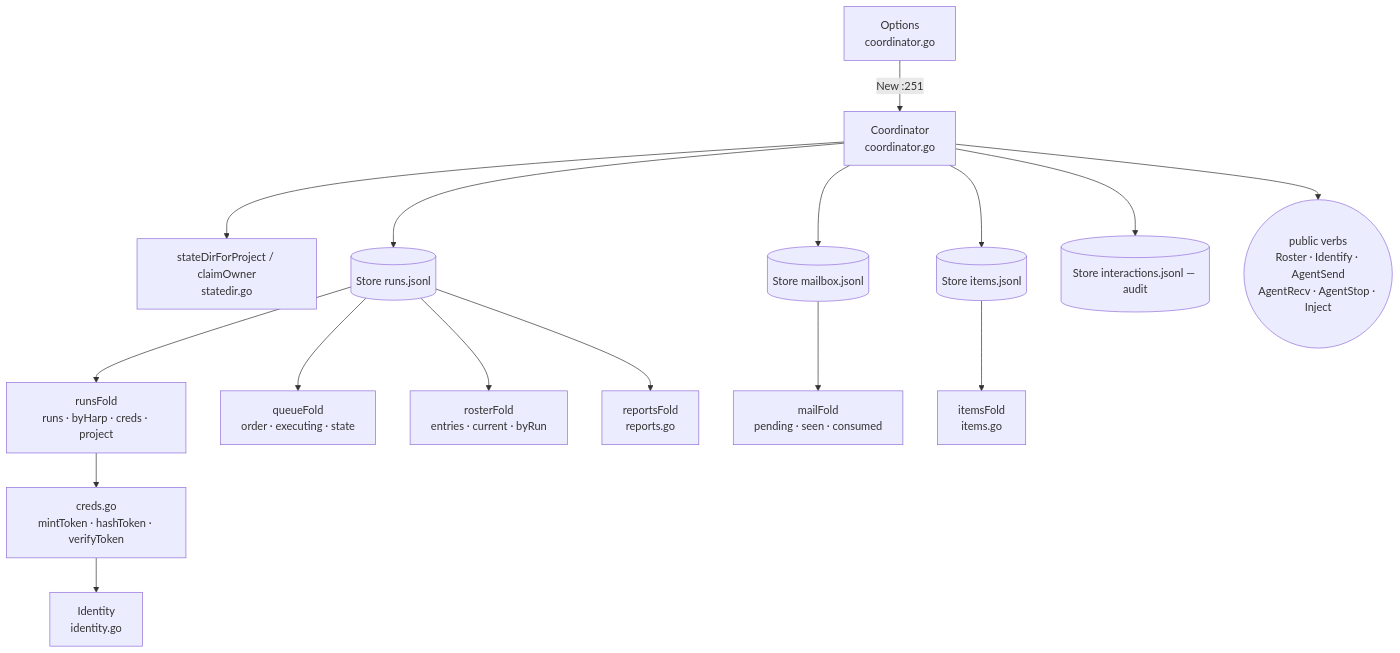
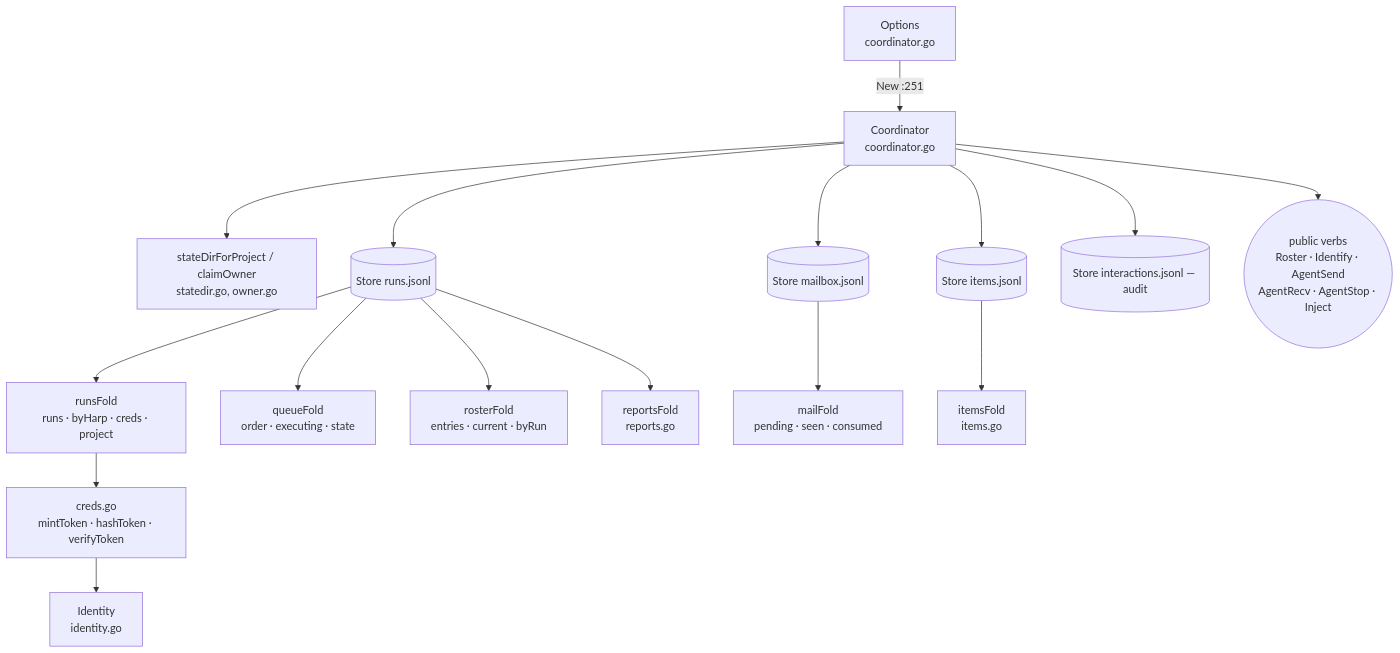
Before and after one commit to ctxloom/ctxloom: the diagram in docs/architecture/agentcoord/coordinator-core.md, drawn with Mermaid. The commit also changed other lines of this file and 10 other files, not shown here.

````diff
--- a/docs/architecture/agentcoord/coordinator-core.md
+++ b/docs/architecture/agentcoord/coordinator-core.md
@@ -14,18 +14,18 @@
 ```mermaid
 flowchart TD
   OPT["Options<br/>coordinator.go"] -->|New :251| C["Coordinator<br/>coordinator.go"]
-  C --> SD["stateDirForProject / claimOwner<br/>statedir.go"]
+  C --> SD["stateDirForProject / claimOwner<br/>statedir.go, owner.go"]
   C --> RS[("Store runs.jsonl")]
   C --> MS[("Store mailbox.jsonl")]
   C --> IS[("Store items.jsonl")]
   C --> AS[("Store interactions.jsonl — audit")]
   RS --> RF["runsFold<br/>runs · byHarp · creds · project"]
   RS --> QF["queueFold<br/>order · executing · state"]
   RS --> RoF["rosterFold<br/>entries · current · byRun"]
   RS --> RepF["reportsFold<br/>reports.go"]
   MS --> MF["mailFold<br/>pending · seen · consumed"]
   IS --> IF["itemsFold<br/>items.go"]
   RF --> CR["creds.go<br/>mintToken · hashToken · verifyToken"]
   CR --> ID["Identity<br/>identity.go"]
   C --> API(("public verbs<br/>Roster · Identify · AgentSend<br/>AgentRecv · AgentStop · Inject"))
 ```
````
